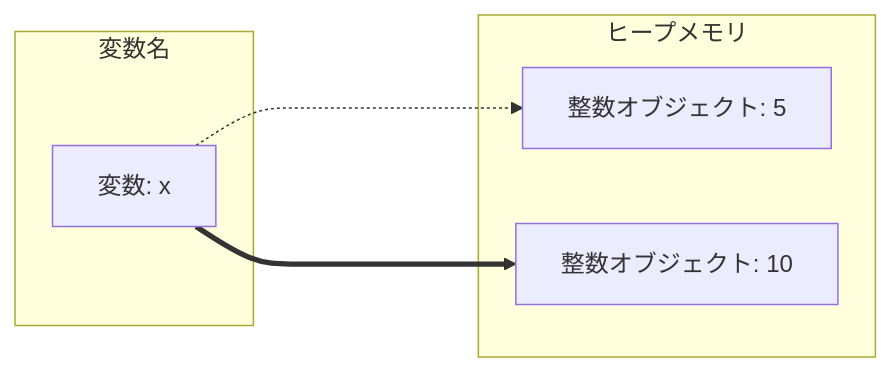
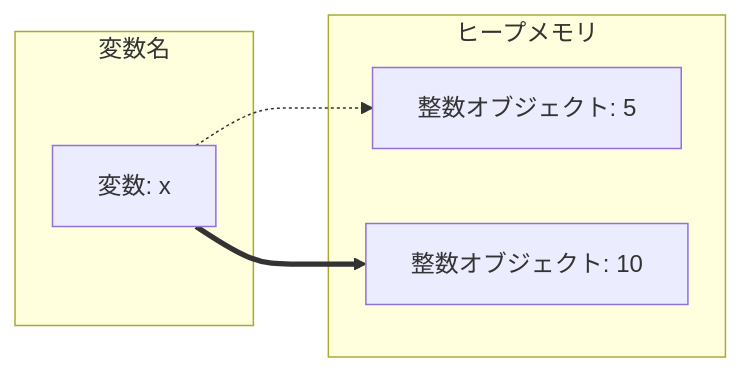
The second of 2 diagrams in lessons/ja/python/day-01.md (bakaryuu1997-sys/Sensei-Hub), drawn with Mermaid before and after one commit. The commit also changed other lines of this file and 3 other files, not shown here.

First line of the commit message:
fix(python): day-01 の Mermaid 構文を修正し図を描画可能に

````diff
--- a/lessons/ja/python/day-01.md
+++ b/lessons/ja/python/day-01.md
@@ -162,12 +162,12 @@
 ```mermaid
 graph LR
     subgraph 変数名
-        x[変数: x]
+        x["変数: x"]
     end
-    subgraph ヒープメモリ
-        obj5[整数オブジェクト: 5]
-        obj10[整数オブジェクト: 10]
+    subgraph heap["ヒープメモリ"]
+        obj5["整数オブジェクト: 5"]
+        obj10["整数オブジェクト: 10"]
     end
     x -.-> obj5
-    x ====> obj10
+    x ==> obj10
 ```
````
